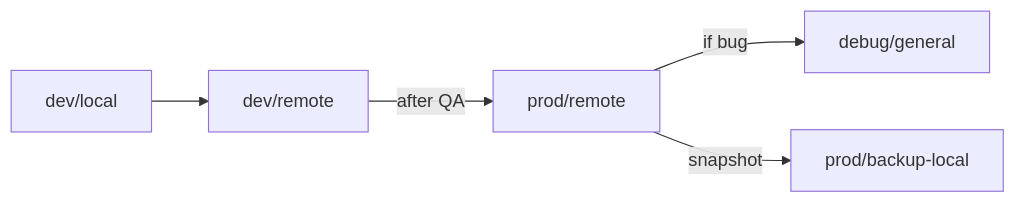
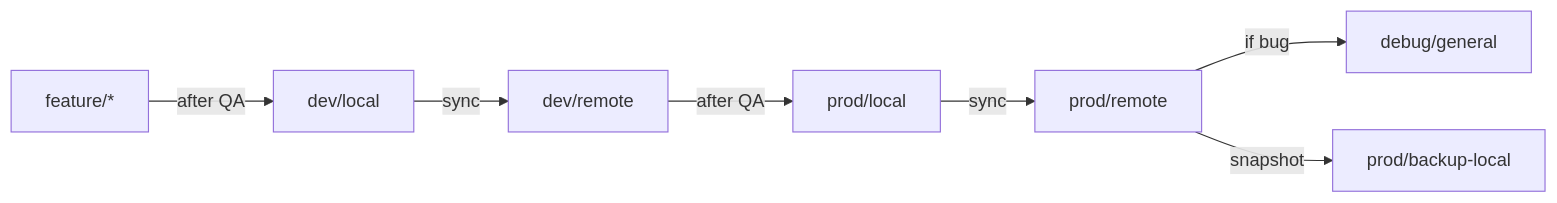
The diagram in docs/git-branching-strategy.md (yang19-zzy/prime_webtool), drawn with Mermaid before and after one commit. The commit also changed other lines of this file and 1 other file, not shown here.

````diff
--- a/docs/git-branching-strategy.md
+++ b/docs/git-branching-strategy.md
@@ -22,7 +23,9 @@
 ```mermaid
 graph LR
-  dev/local --> dev/remote
-  dev/remote -->|after QA| prod/remote
+  feature/* --> |after QA| dev/local
+  dev/local --> |sync| dev/remote
+  dev/remote -->|after QA| prod/local
+  prod/local --> |sync| prod/remote
   prod/remote -->|if bug| debug/general
   prod/remote -->|snapshot| prod/backup-local
 ```
````
